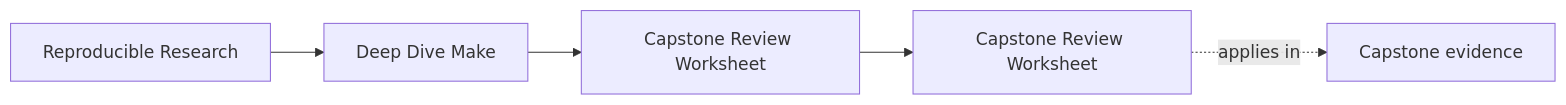
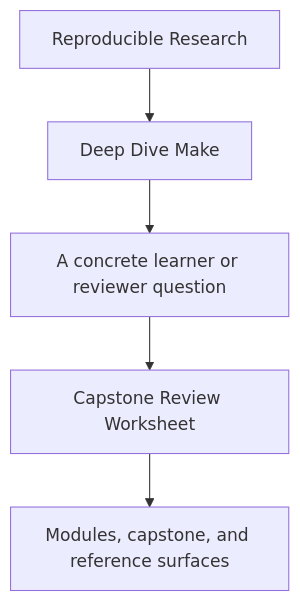
Before and after one commit to bijux/bijux-masterclass: the first of 2 diagrams in programs/reproducible-research/deep-dive-make/course-book/guides/capstone-review-worksheet.md, drawn with Mermaid. The commit also changed other lines of this file and 29 other files, not shown here.

Commit message:
docs(deep-dive-make): sharpen guide and reference diagrams

````diff
--- a/programs/reproducible-research/deep-dive-make/course-book/guides/capstone-review-worksheet.md
+++ b/programs/reproducible-research/deep-dive-make/course-book/guides/capstone-review-worksheet.md
@@ -9,11 +9,7 @@
 ```mermaid
-graph LR
-  family["Reproducible Research"]
-  program["Deep Dive Make"]
-  section["Capstone Review Worksheet"]
-  page["Capstone Review Worksheet"]
-  capstone["Capstone evidence"]
-
-  family --> program --> section --> page
-  page -.applies in.-> capstone
+flowchart TD
+  family["Reproducible Research"] --> program["Deep Dive Make"]
+  program --> pressure["A concrete learner or reviewer question"]
+  pressure --> guide["Capstone Review Worksheet"]
+  guide --> next["Modules, capstone, and reference surfaces"]
 ```
````
